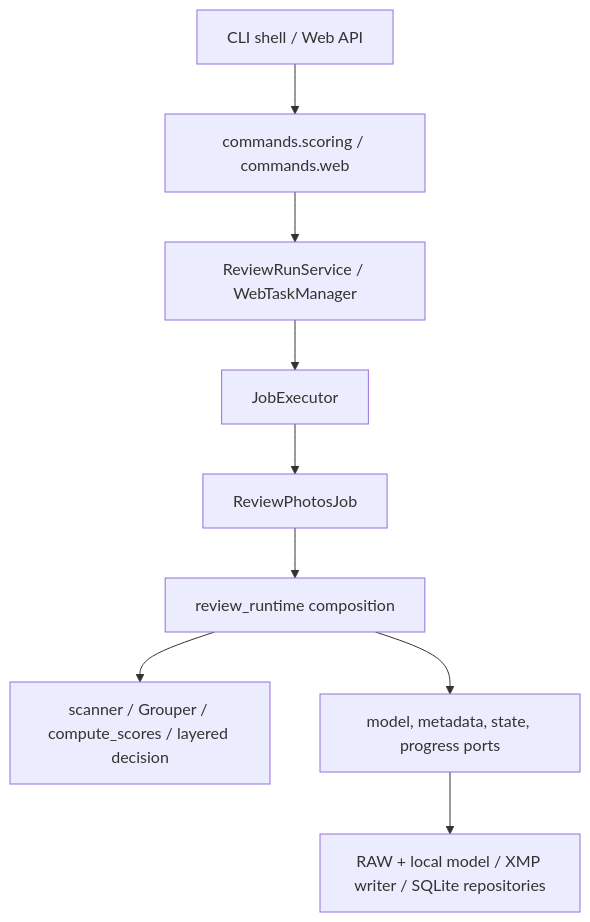
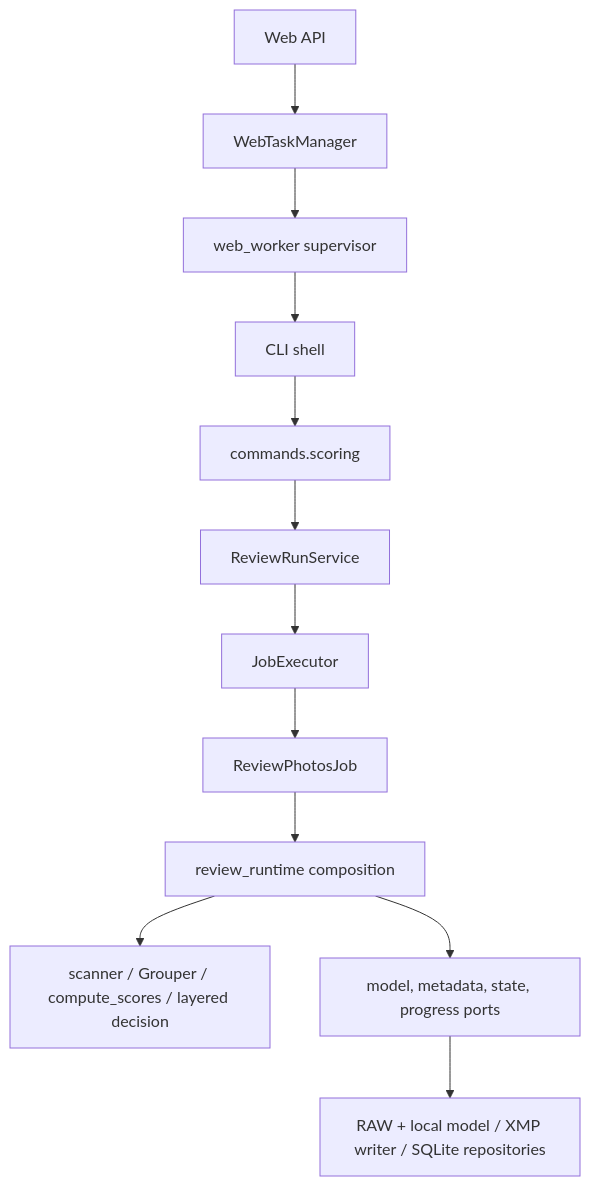
Before and after one commit to Team-Cyan/material-agent: the diagram in docs/workflow-guide/01-product-and-flow.zh-CN.md, drawn with Mermaid. The commit also changed other lines of this file and 11 other files, not shown here.

Commit message:
fix(web): reconcile scoring workers across manager restarts

````diff
--- a/docs/workflow-guide/01-product-and-flow.zh-CN.md
+++ b/docs/workflow-guide/01-product-and-flow.zh-CN.md
@@ -57,11 +57,14 @@
 ```mermaid
 flowchart TD
-  Shell[CLI shell / Web API] --> Cmd[commands.scoring / commands.web]
-  Cmd --> Service[ReviewRunService / WebTaskManager]
+  Web[Web API] --> Manager[WebTaskManager]
+  Manager --> Supervisor[web_worker supervisor]
+  Supervisor --> Shell[CLI shell]
+  Shell --> Cmd[commands.scoring]
+  Cmd --> Service[ReviewRunService]
   Service --> Executor[JobExecutor]
   Executor --> Job[ReviewPhotosJob]
   Job --> Runtime[review_runtime composition]
   Runtime --> Domain[scanner / Grouper / compute_scores / layered decision]
   Runtime --> Ports[model, metadata, state, progress ports]
   Ports --> Adapters[RAW + local model / XMP writer / SQLite repositories]
 ```
````
